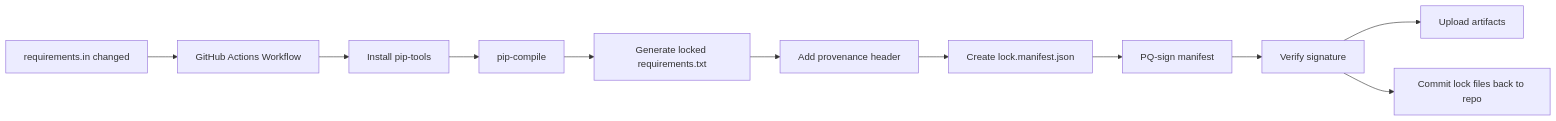
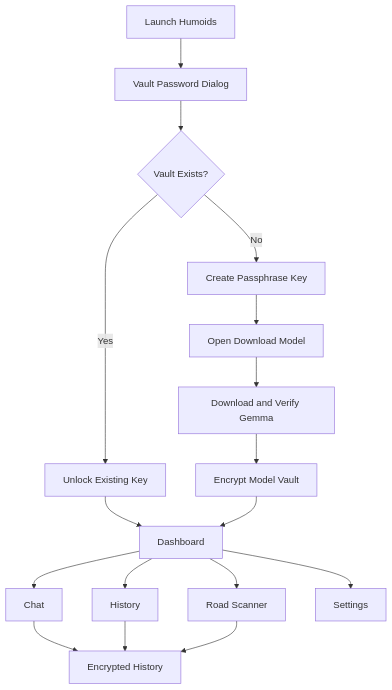
Before and after one commit to ornab74/humoid-gui-gemma-4: the first of 5 diagrams in README.md, drawn with Mermaid. The commit also changed other lines of this file and 1 other file, not shown here.

````diff
--- a/README.md
+++ b/README.md
@@ -379,13 +20,19 @@
 ```mermaid
-flowchart LR
-    A[requirements.in changed] --> B[GitHub Actions Workflow]
-    B --> C[Install pip-tools]
-    C --> D[pip-compile]
-    D --> E[Generate locked requirements.txt]
-    E --> F[Add provenance header]
-    F --> G[Create lock.manifest.json]
-    G --> H[PQ-sign manifest]
-    H --> I[Verify signature]
-    I --> J[Upload artifacts]
-    I --> K[Commit lock files back to repo]
+flowchart TD
+    A[Launch Humoids] --> B[Vault Password Dialog]
+    B --> C{Vault Exists?}
+    C -->|No| D[Create Passphrase Key]
+    C -->|Yes| E[Unlock Existing Key]
+    D --> F[Open Download Model]
+    E --> G[Dashboard]
+    F --> H[Download and Verify Gemma]
+    H --> I[Encrypt Model Vault]
+    I --> G
+    G --> J[Chat]
+    G --> K[History]
+    G --> L[Road Scanner]
+    G --> M[Settings]
+    J --> N[Encrypted History]
+    K --> N
+    L --> N
 ```
````
